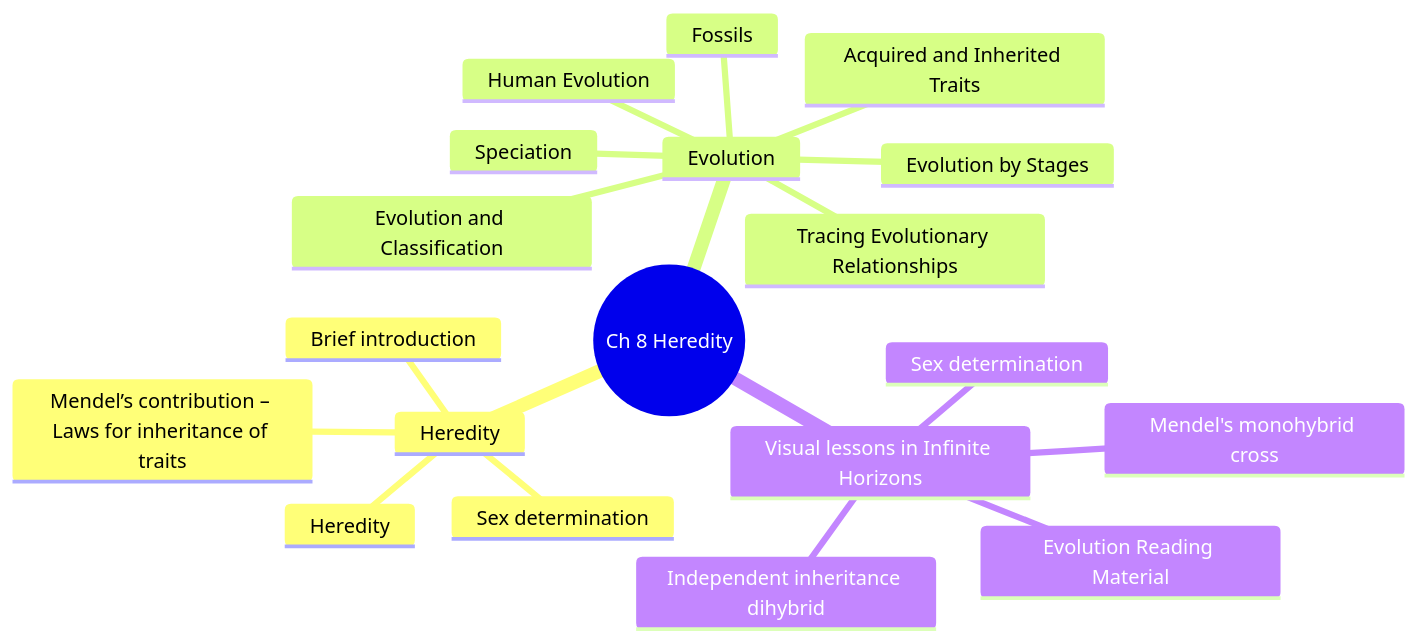
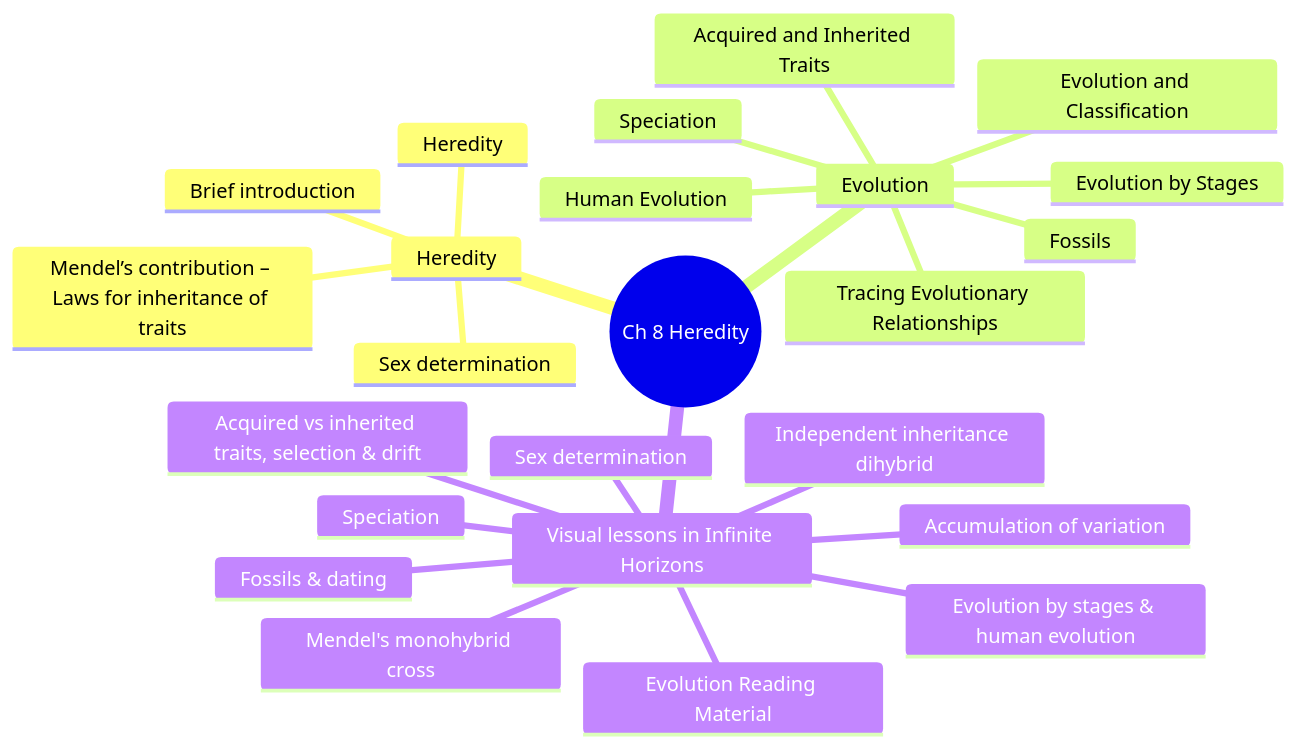
One commit to anveshix/ifinite-horizon changed diagram 20 of 26 in docs/CHAPTER_MINDMAPS.md. Above: the diagram before and after it, drawn with Mermaid. The commit also changed other lines of this file and 10 other files, not shown here.

First line of the commit message:
feat(class-x): build all remaining CBSE 2026-27 sub-topics (13 scenes: life processes, respiration, plant excretion, variation, regeneration, evolution set, energy changes, pH in daily life, chemicals from salt, optical applications)

````diff
--- a/docs/CHAPTER_MINDMAPS.md
+++ b/docs/CHAPTER_MINDMAPS.md
@@ -697,22 +705,27 @@
 ```mermaid
 mindmap
   root((Ch 8 Heredity))
     Heredity
       Heredity
       Mendel’s contribution – Laws for inheritance of traits
       Sex determination
       Brief introduction
     Evolution
       Acquired and Inherited Traits
       Speciation
       Evolution and Classification
       Tracing Evolutionary Relationships
       Fossils
       Evolution by Stages
       Human Evolution
     Visual lessons in Infinite Horizons
       Mendel's monohybrid cross
       Independent inheritance dihybrid
       Sex determination
       Evolution Reading Material
+      Accumulation of variation
+      Acquired vs inherited traits, selection & drift
+      Speciation
+      Fossils & dating
+      Evolution by stages & human evolution
 ```
````
